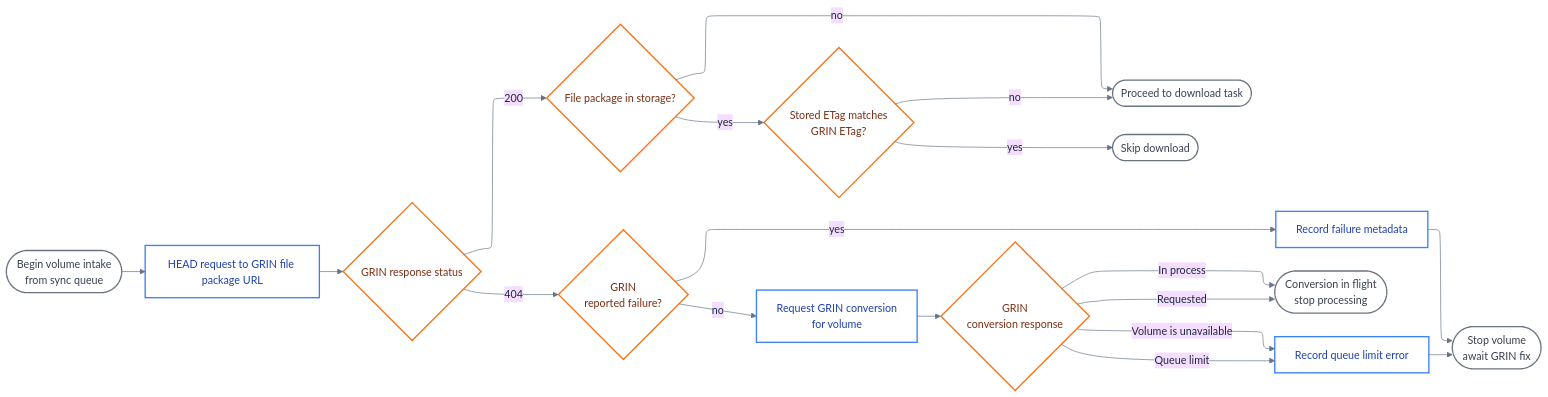
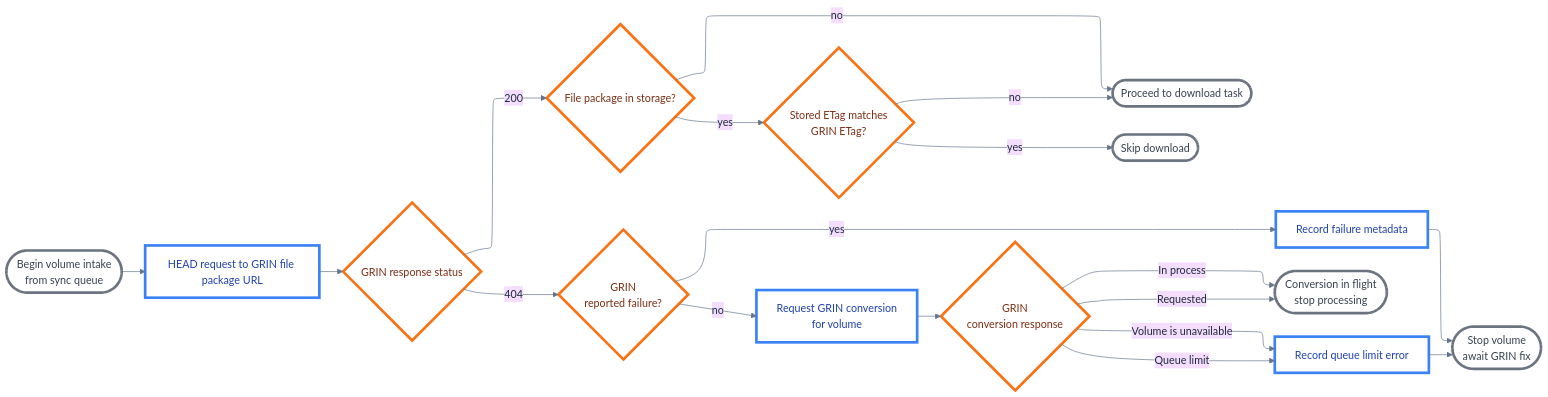
One commit to institutional/grin-transfer changed the diagram in docs/diagrams/check-conversion.mmd. Above: the diagram before and after it, drawn with Mermaid. The commit also changed 20 other files, not shown here.

First line of the commit message:
More readable diagrams (#352)

```diff
--- a/docs/diagrams/check-conversion.mmd
+++ b/docs/diagrams/check-conversion.mmd
@@ -1,23 +1,23 @@
 %%{init: {"theme": "base", "themeVariables": {"primaryTextColor": "#1e293b", "primaryBorderColor": "#475569", "lineColor": "#64748b", "background": "transparent", "mainBkg": "transparent", "secondBkg": "transparent"}, "flowchart": {"defaultRenderer": "elk", "elk": {"elk.direction": "RIGHT"}}}}%%
 flowchart LR
-classDef terminal fill:none,stroke:#6b7280,stroke-width:2px,color:#374151
-classDef process fill:none,stroke:#3b82f6,stroke-width:2px,color:#1e40af
-classDef decision fill:none,stroke:#f97316,stroke-width:2px,color:#7c2d12
+classDef terminal fill:none,stroke:#6b7280,stroke-width:4px,color:#374151
+classDef process fill:none,stroke:#3b82f6,stroke-width:4px,color:#1e40af
+classDef decision fill:none,stroke:#f97316,stroke-width:4px,color:#7c2d12
 
 Start(["Begin volume intake<br/>from sync queue"]):::terminal --> HeadGRIN["HEAD request to GRIN file package URL"]:::process
 HeadGRIN --> Response{"GRIN response status"}:::decision
 Response -->|200| StoragePresent{"File package in storage?"}:::decision
 StoragePresent -->|no| DownloadExit(["Proceed to download task"]):::terminal
 StoragePresent -->|yes| Compare{"Stored ETag matches<br/>GRIN ETag?"}:::decision
 Compare -->|yes| SkipExit(["Skip download"]):::terminal
 Compare -->|no| DownloadExit
 Response -->|404| FailureType{"GRIN <br/>reported failure?"}:::decision
 FailureType -->|yes| RecordFailure["Record failure metadata"]:::process
 RecordFailure --> ErrorExit(["Stop volume<br/>await GRIN fix"]):::terminal
 FailureType -->|no| RequestConversion["Request GRIN conversion<br/>for volume"]:::process
 RequestConversion --> ConversionStatus{"GRIN <br/>conversion response"}:::decision
 ConversionStatus -->|Requested| ConversionHold(["Conversion in flight<br/>stop processing"]):::terminal
 ConversionStatus -->|In process| ConversionHold
 ConversionStatus -->|Queue limit| ErrorRecord["Record queue limit error"]:::process
 ConversionStatus -->|Volume is unavailable| ErrorRecord
 ErrorRecord --> ErrorExit
```
